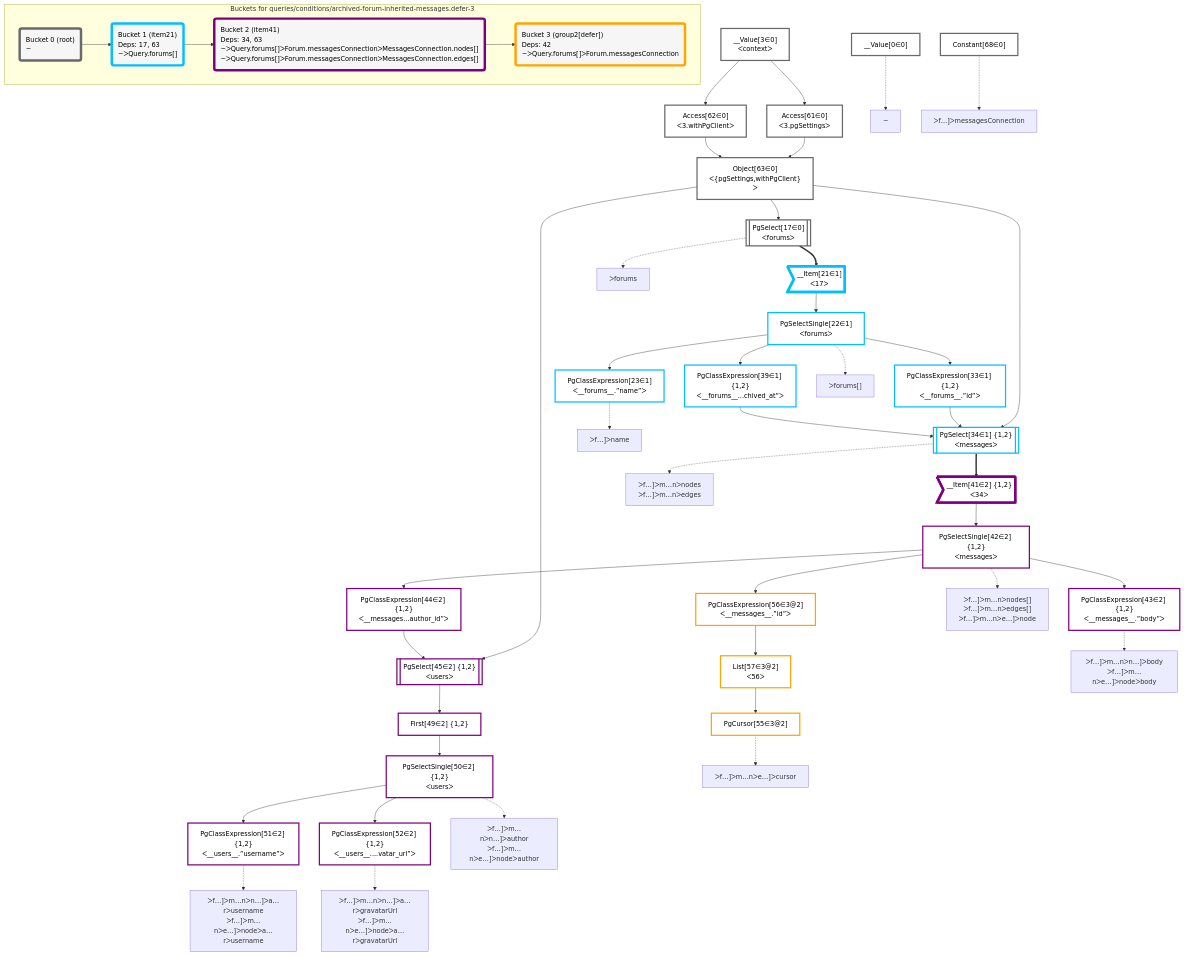
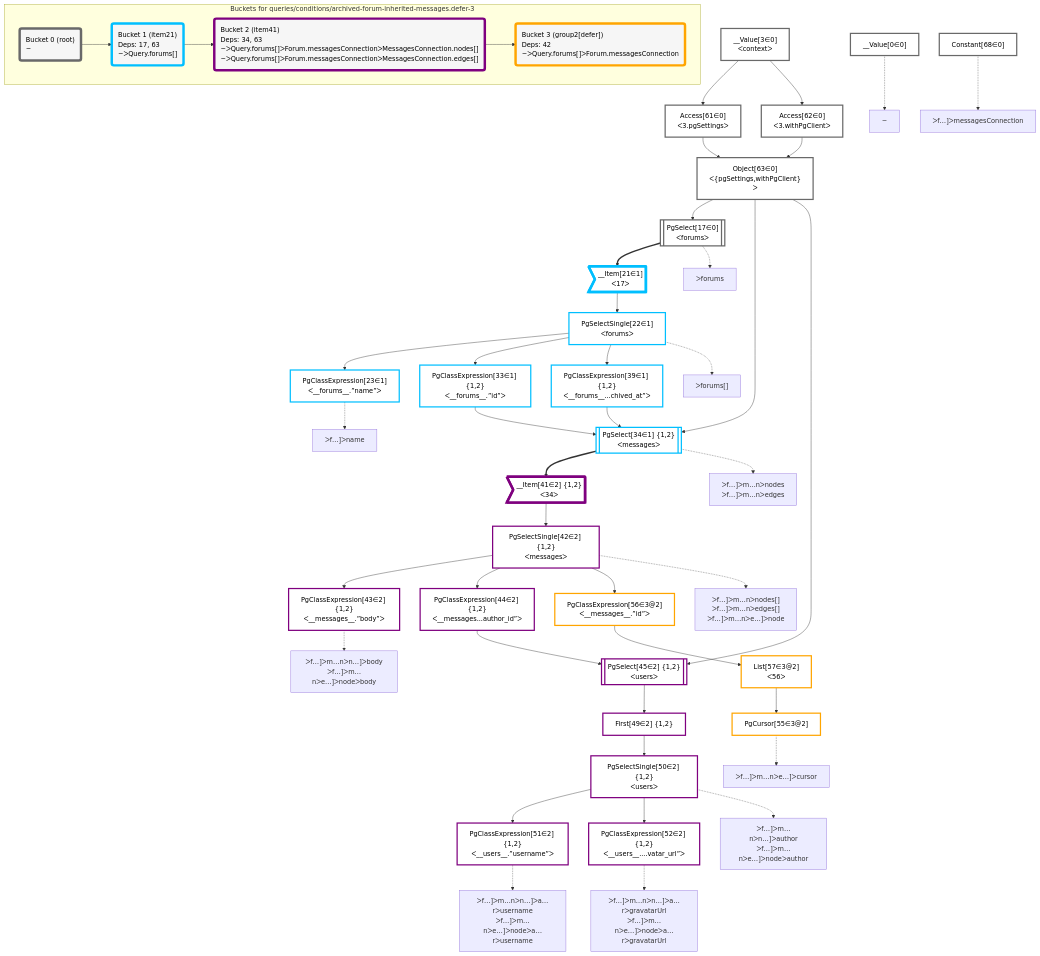
The diagram in packages/dataplan-pg/__tests__/queries/conditions/archived-forum-inherited-messages.defer-3.deopt.mermaid.md (graphile/crystal), drawn with Mermaid before and after one commit. The commit also changed other lines of this file and 195 other files, not shown here.

Commit message:
Reorder graphs

```diff
--- a/packages/dataplan-pg/__tests__/queries/conditions/archived-forum-inherited-messages.defer-3.deopt.mermaid.md
+++ b/packages/dataplan-pg/__tests__/queries/conditions/archived-forum-inherited-messages.defer-3.deopt.mermaid.md
@@ -9,54 +9,54 @@
 
     %% define plans
     __Value0["__Value[0∈0]"]:::plan
+    __Value3["__Value[3∈0]<br />ᐸcontextᐳ"]:::plan
+    Access61["Access[61∈0]<br />ᐸ3.pgSettingsᐳ"]:::plan
+    Access62["Access[62∈0]<br />ᐸ3.withPgClientᐳ"]:::plan
+    Object63["Object[63∈0]<br />ᐸ{pgSettings,withPgClient}ᐳ"]:::plan
+    PgSelect17[["PgSelect[17∈0]<br />ᐸforumsᐳ"]]:::plan
+    __Item21>"__Item[21∈1]<br />ᐸ17ᐳ"]:::itemplan
+    PgSelectSingle22["PgSelectSingle[22∈1]<br />ᐸforumsᐳ"]:::plan
     PgClassExpression23["PgClassExpression[23∈1]<br />ᐸ__forums__.”name”ᐳ"]:::plan
+    PgClassExpression33["PgClassExpression[33∈1] {1,2}<br />ᐸ__forums__.”id”ᐳ"]:::plan
+    PgClassExpression39["PgClassExpression[39∈1] {1,2}<br />ᐸ__forums__...chived_at”ᐳ"]:::plan
+    PgSelect34[["PgSelect[34∈1] {1,2}<br />ᐸmessagesᐳ"]]:::plan
+    Constant68["Constant[68∈0]"]:::plan
+    __Item41>"__Item[41∈2] {1,2}<br />ᐸ34ᐳ"]:::itemplan
+    PgSelectSingle42["PgSelectSingle[42∈2] {1,2}<br />ᐸmessagesᐳ"]:::plan
     PgClassExpression43["PgClassExpression[43∈2] {1,2}<br />ᐸ__messages__.”body”ᐳ"]:::plan
+    PgClassExpression44["PgClassExpression[44∈2] {1,2}<br />ᐸ__messages...author_id”ᐳ"]:::plan
+    PgSelect45[["PgSelect[45∈2] {1,2}<br />ᐸusersᐳ"]]:::plan
+    First49["First[49∈2] {1,2}"]:::plan
+    PgSelectSingle50["PgSelectSingle[50∈2] {1,2}<br />ᐸusersᐳ"]:::plan
     PgClassExpression51["PgClassExpression[51∈2] {1,2}<br />ᐸ__users__.”username”ᐳ"]:::plan
     PgClassExpression52["PgClassExpression[52∈2] {1,2}<br />ᐸ__users__....vatar_url”ᐳ"]:::plan
-    PgSelectSingle50["PgSelectSingle[50∈2] {1,2}<br />ᐸusersᐳ"]:::plan
-    First49["First[49∈2] {1,2}"]:::plan
-    PgSelect45[["PgSelect[45∈2] {1,2}<br />ᐸusersᐳ"]]:::plan
-    PgClassExpression44["PgClassExpression[44∈2] {1,2}<br />ᐸ__messages...author_id”ᐳ"]:::plan
+    PgClassExpression56["PgClassExpression[56∈3@2]<br />ᐸ__messages__.”id”ᐳ"]:::plan
+    List57["List[57∈3@2]<br />ᐸ56ᐳ"]:::plan
     PgCursor55["PgCursor[55∈3@2]"]:::plan
-    List57["List[57∈3@2]<br />ᐸ56ᐳ"]:::plan
-    PgClassExpression56["PgClassExpression[56∈3@2]<br />ᐸ__messages__.”id”ᐳ"]:::plan
-    PgSelectSingle42["PgSelectSingle[42∈2] {1,2}<br />ᐸmessagesᐳ"]:::plan
-    __Item41>"__Item[41∈2] {1,2}<br />ᐸ34ᐳ"]:::itemplan
-    PgSelect34[["PgSelect[34∈1] {1,2}<br />ᐸmessagesᐳ"]]:::plan
-    PgClassExpression33["PgClassExpression[33∈1] {1,2}<br />ᐸ__forums__.”id”ᐳ"]:::plan
-    PgClassExpression39["PgClassExpression[39∈1] {1,2}<br />ᐸ__forums__...chived_at”ᐳ"]:::plan
-    PgSelectSingle22["PgSelectSingle[22∈1]<br />ᐸforumsᐳ"]:::plan
-    __Item21>"__Item[21∈1]<br />ᐸ17ᐳ"]:::itemplan
-    PgSelect17[["PgSelect[17∈0]<br />ᐸforumsᐳ"]]:::plan
-    Object63["Object[63∈0]<br />ᐸ{pgSettings,withPgClient}ᐳ"]:::plan
-    Access61["Access[61∈0]<br />ᐸ3.pgSettingsᐳ"]:::plan
-    Access62["Access[62∈0]<br />ᐸ3.withPgClientᐳ"]:::plan
-    __Value3["__Value[3∈0]<br />ᐸcontextᐳ"]:::plan
-    Constant68["Constant[68∈0]"]:::plan
 
     %% plan dependencies
+    __Value3 --> Access61
+    __Value3 --> Access62
+    Access61 & Access62 --> Object63
+    Object63 --> PgSelect17
+    PgSelect17 ==> __Item21
+    __Item21 --> PgSelectSingle22
     PgSelectSingle22 --> PgClassExpression23
+    PgSelectSingle22 --> PgClassExpression33
+    PgSelectSingle22 --> PgClassExpression39
+    Object63 & PgClassExpression33 & PgClassExpression39 --> PgSelect34
+    PgSelect34 ==> __Item41
+    __Item41 --> PgSelectSingle42
     PgSelectSingle42 --> PgClassExpression43
+    PgSelectSingle42 --> PgClassExpression44
+    Object63 & PgClassExpression44 --> PgSelect45
+    PgSelect45 --> First49
+    First49 --> PgSelectSingle50
     PgSelectSingle50 --> PgClassExpression51
     PgSelectSingle50 --> PgClassExpression52
-    First49 --> PgSelectSingle50
-    PgSelect45 --> First49
-    Object63 & PgClassExpression44 --> PgSelect45
-    PgSelectSingle42 --> PgClassExpression44
+    PgSelectSingle42 --> PgClassExpression56
+    PgClassExpression56 --> List57
     List57 --> PgCursor55
-    PgClassExpression56 --> List57
-    PgSelectSingle42 --> PgClassExpression56
-    __Item41 --> PgSelectSingle42
-    PgSelect34 ==> __Item41
-    Object63 & PgClassExpression33 & PgClassExpression39 --> PgSelect34
-    PgSelectSingle22 --> PgClassExpression33
-    PgSelectSingle22 --> PgClassExpression39
-    __Item21 --> PgSelectSingle22
-    PgSelect17 ==> __Item21
-    Object63 --> PgSelect17
-    Access61 & Access62 --> Object63
-    __Value3 --> Access61
-    __Value3 --> Access62
 
     %% plan-to-path relationships
     P0["~"]
```
